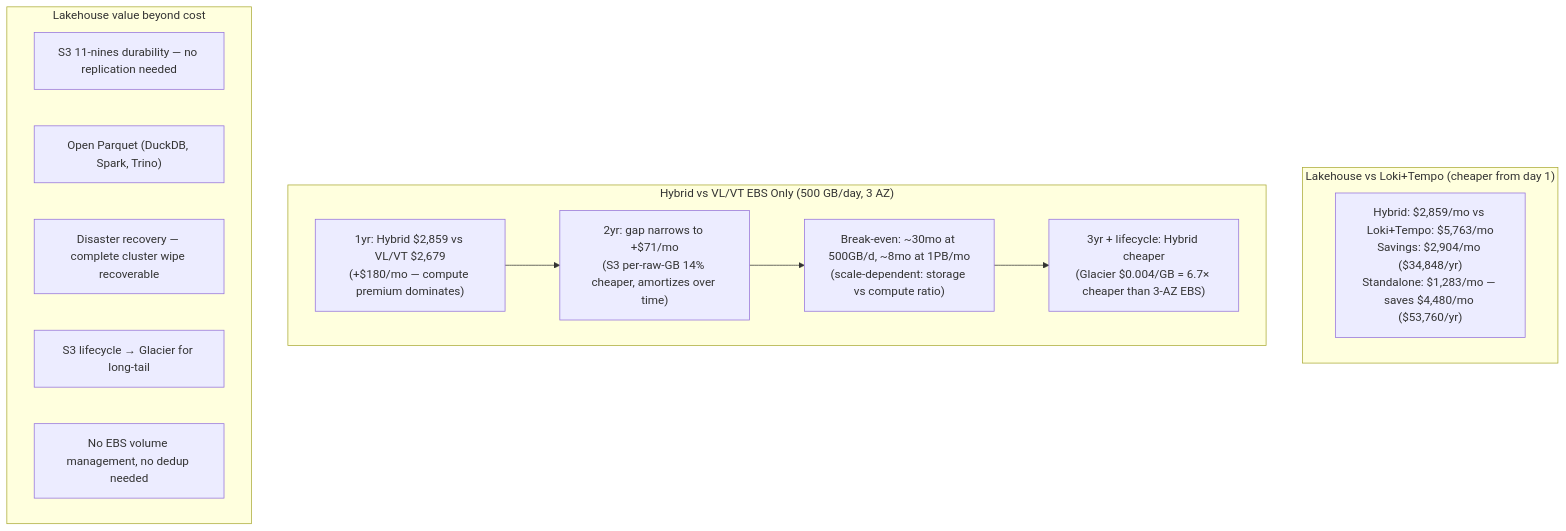
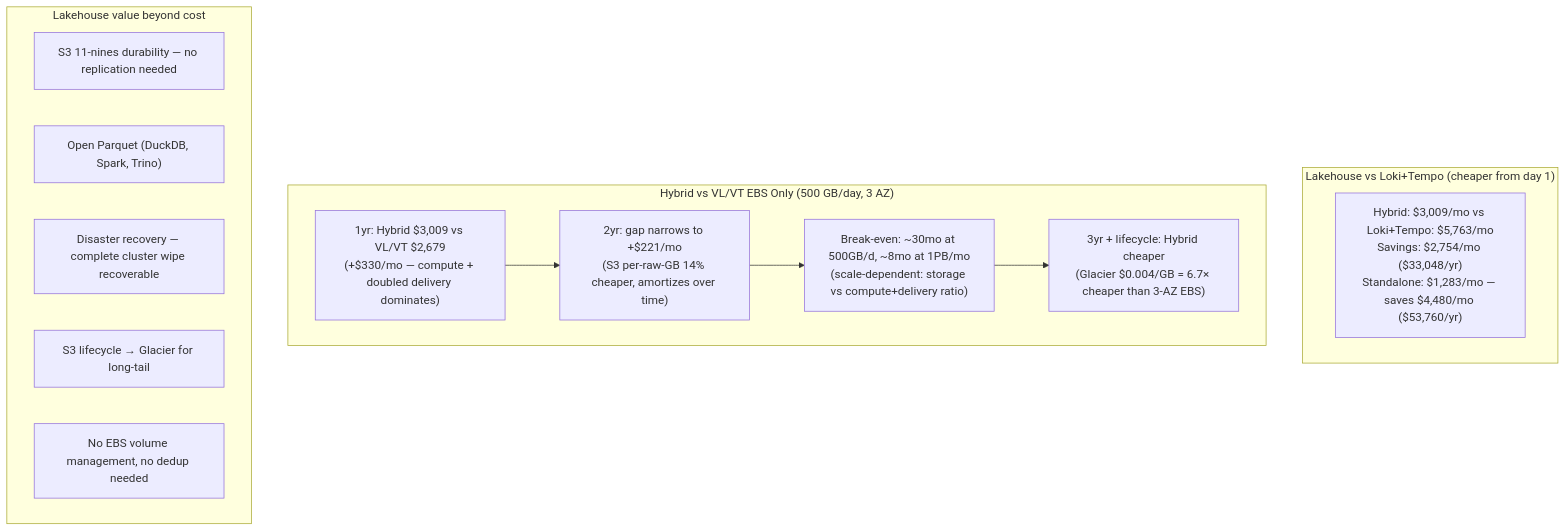
One commit to ReliablyObserve/victoria-lakehouse changed the fourth of 4 diagrams in docs/cost-comparison.md. Above: the diagram before and after it, drawn with Mermaid. The commit also changed other lines of this file and 2 other files, not shown here.

First line of the commit message:
fix(cost): add doubled delivery network cost to hybrid model

````diff
--- a/docs/cost-comparison.md
+++ b/docs/cost-comparison.md
@@ -450,20 +452,20 @@
 ```mermaid
 flowchart TB
     subgraph "Lakehouse vs Loki+Tempo (cheaper from day 1)"
-        LvL["Hybrid: $2,859/mo vs Loki+Tempo: $5,763/mo\nSavings: $2,904/mo ($34,848/yr)\nStandalone: $1,283/mo — saves $4,480/mo ($53,760/yr)"]
+        LvL["Hybrid: $3,009/mo vs Loki+Tempo: $5,763/mo\nSavings: $2,754/mo ($33,048/yr)\nStandalone: $1,283/mo — saves $4,480/mo ($53,760/yr)"]
     end
     subgraph "Hybrid vs VL/VT EBS Only (500 GB/day, 3 AZ)"
-        LvV1["1yr: Hybrid $2,859 vs VL/VT $2,679\n(+$180/mo — compute premium dominates)"]
-        LvV2["2yr: gap narrows to +$71/mo\n(S3 per-raw-GB 14% cheaper, amortizes over time)"]
-        LvV3["Break-even: ~30mo at 500GB/d, ~8mo at 1PB/mo\n(scale-dependent: storage vs compute ratio)"]
+        LvV1["1yr: Hybrid $3,009 vs VL/VT $2,679\n(+$330/mo — compute + doubled delivery dominates)"]
+        LvV2["2yr: gap narrows to +$221/mo\n(S3 per-raw-GB 14% cheaper, amortizes over time)"]
+        LvV3["Break-even: ~30mo at 500GB/d, ~8mo at 1PB/mo\n(scale-dependent: storage vs compute+delivery ratio)"]
         LvV4["3yr + lifecycle: Hybrid cheaper\n(Glacier $0.004/GB = 6.7× cheaper than 3-AZ EBS)"]
         LvV1 --> LvV2 --> LvV3 --> LvV4
     end
     subgraph "Lakehouse value beyond cost"
         V1["S3 11-nines durability — no replication needed"]
         V2["Open Parquet (DuckDB, Spark, Trino)"]
         V3["Disaster recovery — complete cluster wipe recoverable"]
         V4["S3 lifecycle → Glacier for long-tail"]
         V5["No EBS volume management, no dedup needed"]
     end
 ```
````
